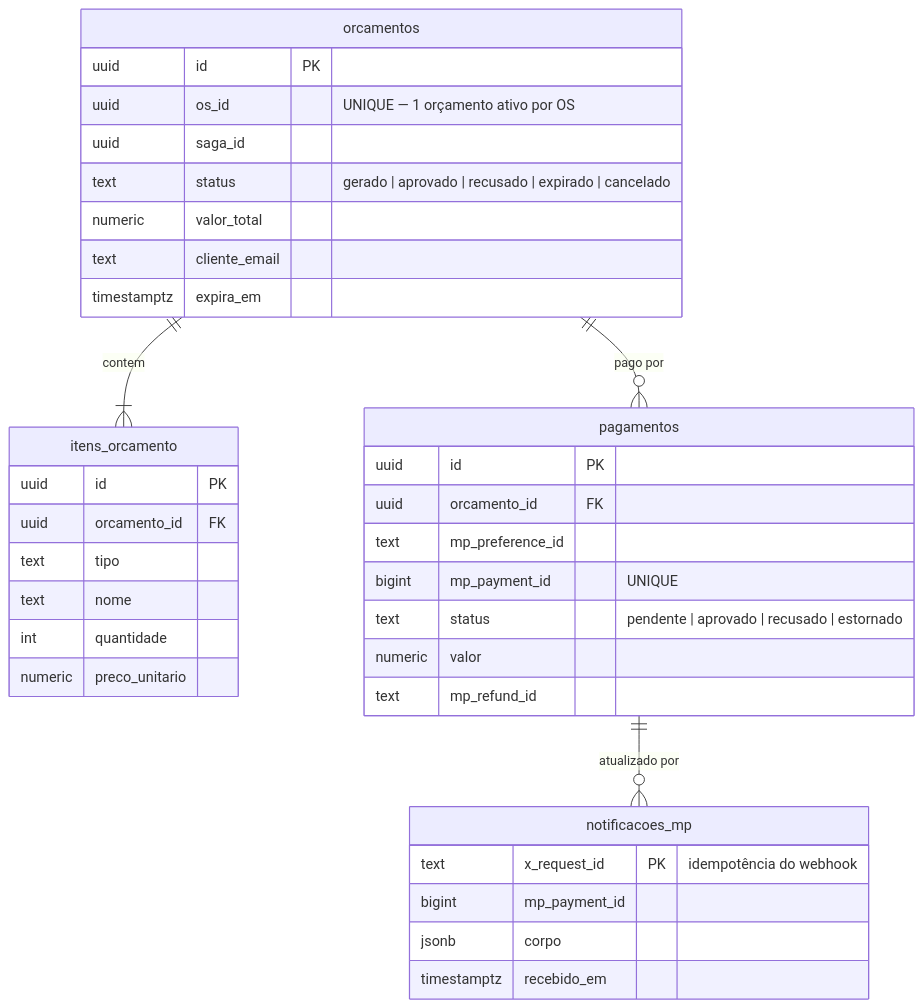
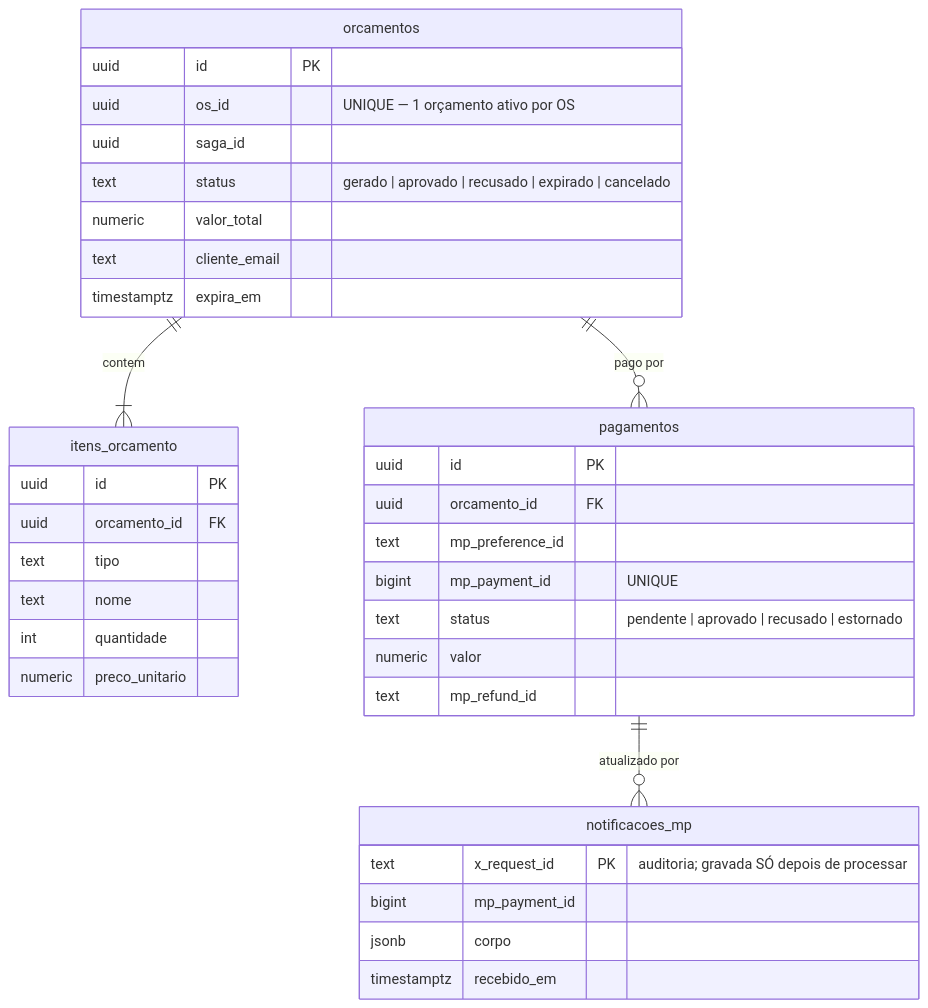
The eighth of 9 diagrams in docs/planejamentos/fase-4/arquitetura.md (ProblemaTheu/oficina-app), drawn with Mermaid before and after one commit. The commit also changed other lines of this file and 6 other files, not shown here.

````diff
--- a/docs/planejamentos/fase-4/arquitetura.md
+++ b/docs/planejamentos/fase-4/arquitetura.md
@@ -419,39 +434,39 @@
 ```mermaid
 erDiagram
     orcamentos ||--|{ itens_orcamento : contem
     orcamentos ||--o{ pagamentos : "pago por"
     pagamentos ||--o{ notificacoes_mp : "atualizado por"
 
     orcamentos {
         uuid id PK
         uuid os_id "UNIQUE — 1 orçamento ativo por OS"
         uuid saga_id
         text status "gerado | aprovado | recusado | expirado | cancelado"
         numeric valor_total
         text cliente_email
         timestamptz expira_em
     }
     itens_orcamento {
         uuid id PK
         uuid orcamento_id FK
         text tipo
         text nome
         int quantidade
         numeric preco_unitario
     }
     pagamentos {
         uuid id PK
         uuid orcamento_id FK
         text mp_preference_id
         bigint mp_payment_id "UNIQUE"
         text status "pendente | aprovado | recusado | estornado"
         numeric valor
         text mp_refund_id
     }
     notificacoes_mp {
-        text x_request_id PK "idempotência do webhook"
+        text x_request_id PK "auditoria; gravada SÓ depois de processar"
         bigint mp_payment_id
         jsonb corpo
         timestamptz recebido_em
     }
 ```
````
